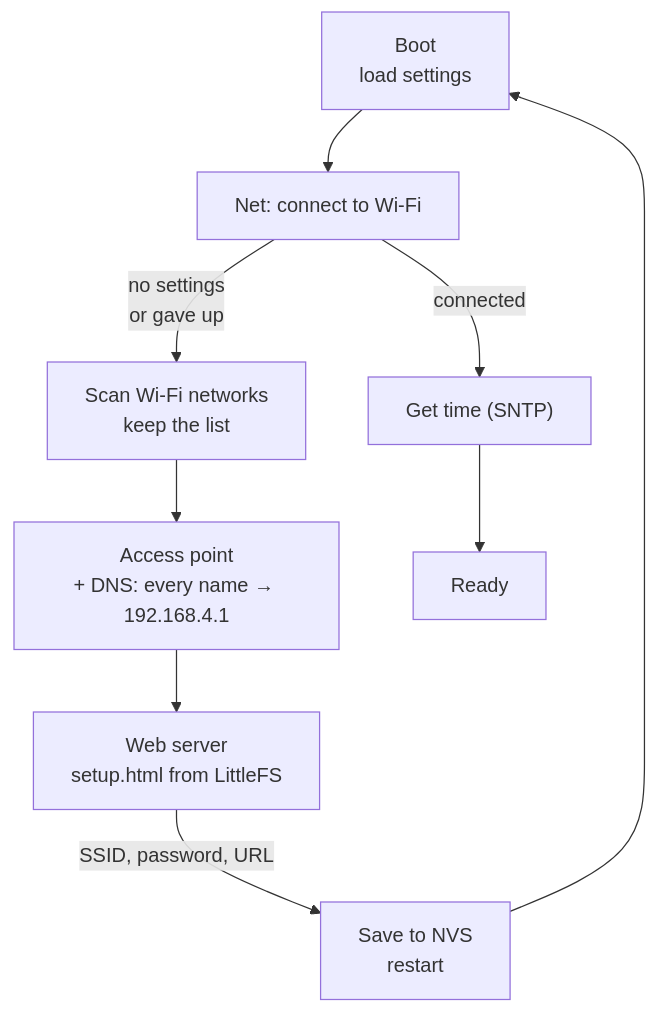
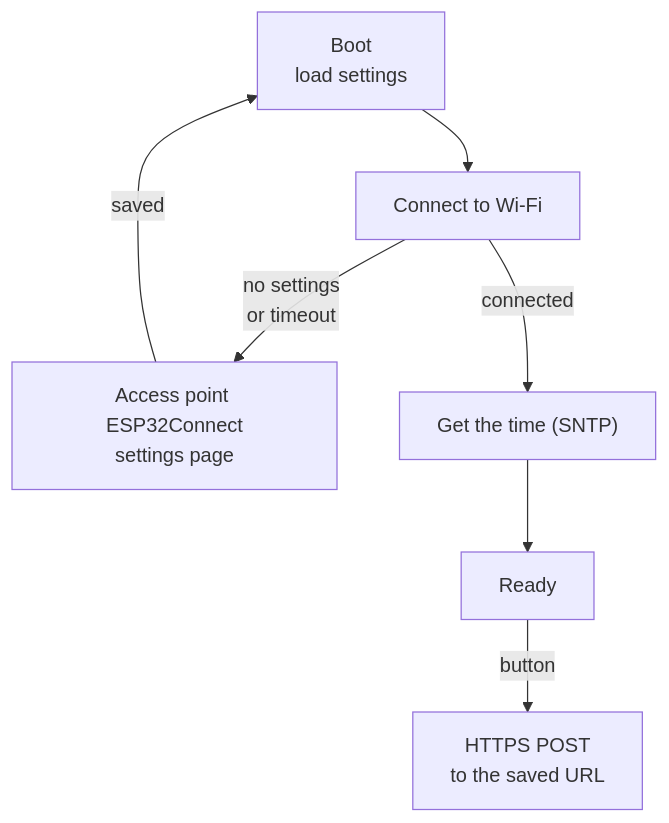
The second of 2 diagrams in 08-wifi-captive-portal/README.md (aprokopenko/esp32-sandbox), drawn with Mermaid before and after one commit. The commit also changed other lines of this file and 12 other files, not shown here.

````diff
--- a/08-wifi-captive-portal/README.md
+++ b/08-wifi-captive-portal/README.md
@@ -25,11 +49,9 @@
 ```mermaid
 flowchart TD
-    BOOT["Boot<br/>load settings"] --> STA["Net: connect to Wi-Fi"]
-    STA -->|"no settings<br/>or gave up"| SCAN["Scan Wi-Fi networks<br/>keep the list"]
-    SCAN --> AP["Access point<br/>+ DNS: every name → 192.168.4.1"]
-    AP --> PORTAL["Web server<br/>setup.html from LittleFS"]
-    PORTAL -->|"SSID, password, URL"| SAVE["Save to NVS<br/>restart"]
-    SAVE --> BOOT
-    STA -->|"connected"| NTP["Get time (SNTP)"]
+    BOOT["Boot<br/>load settings"] --> STA["Connect to Wi-Fi"]
+    STA -->|"no settings<br/>or timeout"| AP["Access point ESP32Connect<br/>settings page"]
+    AP -->|"saved"| BOOT
+    STA -->|"connected"| NTP["Get the time (SNTP)"]
     NTP --> READY["Ready"]
+    READY -->|"button"| SEND["HTTPS POST<br/>to the saved URL"]
 ```
````
